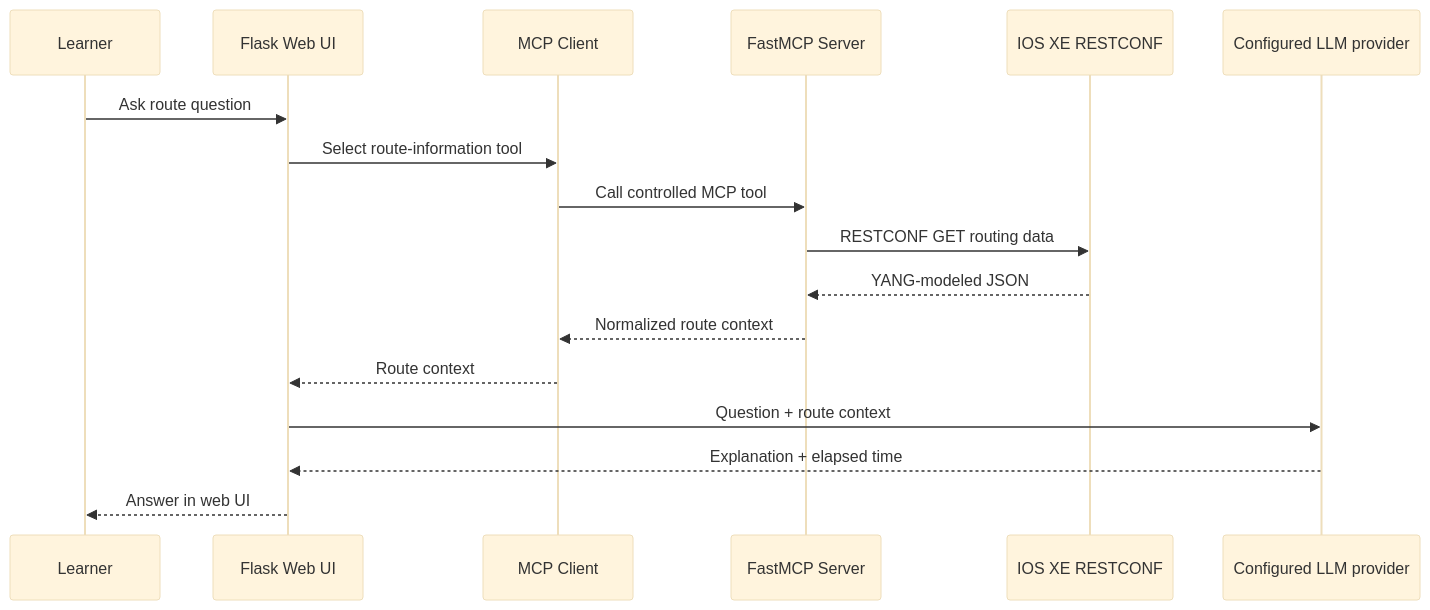
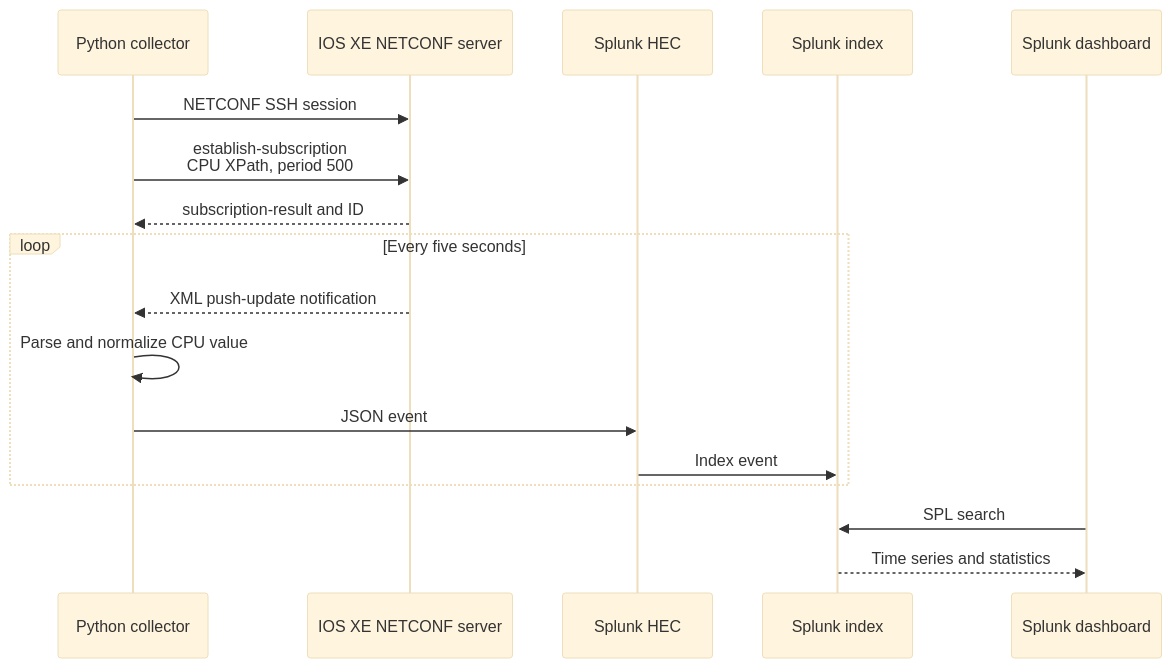
Before and after one commit to tanthanh85/CCNPAUTO: the diagram in LAB/Lab14/Lab14.md, drawn with Mermaid (base theme). The commit also changed other lines of this file and 113 other files, not shown here.

````diff
--- a/LAB/Lab14/Lab14.md
+++ b/LAB/Lab14/Lab14.md
@@ -350,20 +24,20 @@
 ```mermaid
 sequenceDiagram
-    participant U as Learner
-    participant W as Flask Web UI
-    participant C as MCP Client
-    participant M as FastMCP Server
-    participant D as IOS XE RESTCONF
-    participant L as Configured LLM provider
+    participant C as Python collector
+    participant R as IOS XE NETCONF server
+    participant H as Splunk HEC
+    participant S as Splunk index
+    participant D as Splunk dashboard
 
-    U->>W: Ask route question
-    W->>C: Select route-information tool
-    C->>M: Call controlled MCP tool
-    M->>D: RESTCONF GET routing data
-    D-->>M: YANG-modeled JSON
-    M-->>C: Normalized route context
-    C-->>W: Route context
-    W->>L: Question + route context
-    L-->>W: Explanation + elapsed time
-    W-->>U: Answer in web UI
+    C->>R: NETCONF SSH session
+    C->>R: establish-subscription<br/>CPU XPath, period 500
+    R-->>C: subscription-result and ID
+    loop Every five seconds
+        R-->>C: XML push-update notification
+        C->>C: Parse and normalize CPU value
+        C->>H: JSON event
+        H->>S: Index event
+    end
+    D->>S: SPL search
+    S-->>D: Time series and statistics
 ```
````
